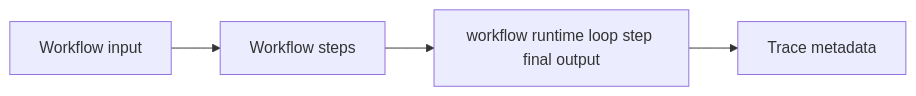
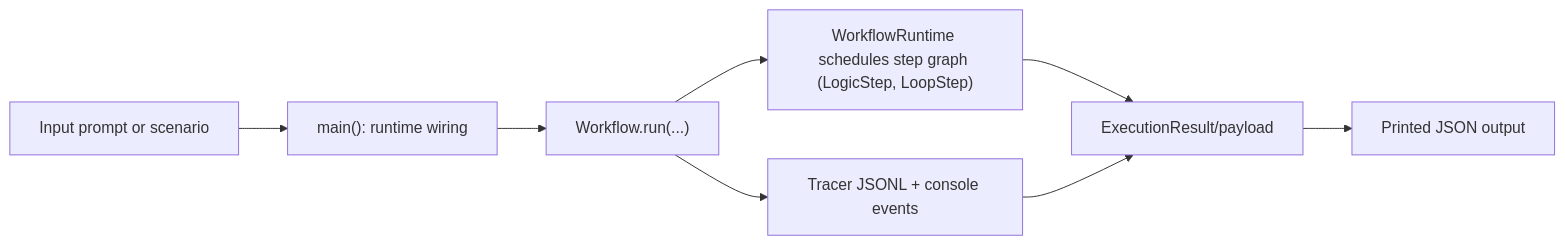
The diagram in docs/examples/workflow/workflow_runtime_loop_step.rst (cmudrc/design-research-agents), drawn with Mermaid before and after one commit. The commit also changed other lines of this file and 83 other files, not shown here.

```diff
--- a/docs/examples/workflow/workflow_runtime_loop_step.rst
+++ b/docs/examples/workflow/workflow_runtime_loop_step.rst
@@ -21,6 +21,10 @@
 .. mermaid::
 
    flowchart LR
-       A["Workflow input"] --> B["Workflow steps"]
-       B --> C["workflow runtime loop step final output"]
-       C --> D["Trace metadata"]
+       A["Input prompt or scenario"] --> B["main(): runtime wiring"]
+       B --> C["Workflow.run(...)"]
+       C --> D["WorkflowRuntime schedules step graph (LogicStep, LoopStep)"]
+       C --> E["Tracer JSONL + console events"]
+       D --> F["ExecutionResult/payload"]
+       E --> F
+       F --> G["Printed JSON output"]
```
